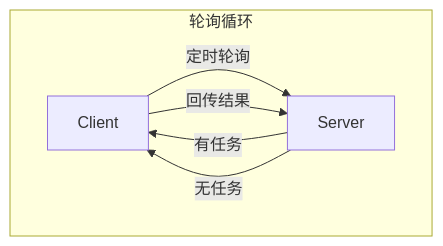
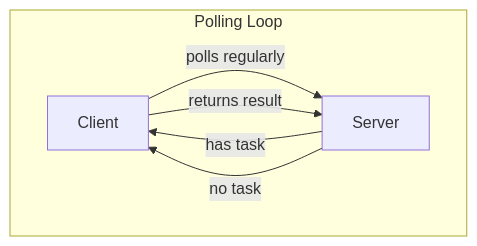
Before and after one commit to zhuCheer/orange-forge-connect: the fourth of 4 diagrams in README.md, drawn with Mermaid. The commit also changed other lines of this file and 1 other file, not shown here.

````diff
--- a/README.md
+++ b/README.md
@@ -140,9 +70,9 @@
 ```mermaid
 flowchart TD
-    subgraph 轮询循环
-        Client-->|定时轮询|Server
-        Server-->|有任务|Client
-        Client-->|回传结果|Server
-        Server-->|无任务|Client
+    subgraph Polling Loop
+        Client-->|polls regularly|Server
+        Server-->|has task|Client
+        Client-->|returns result|Server
+        Server-->|no task|Client
     end
 ```
````
